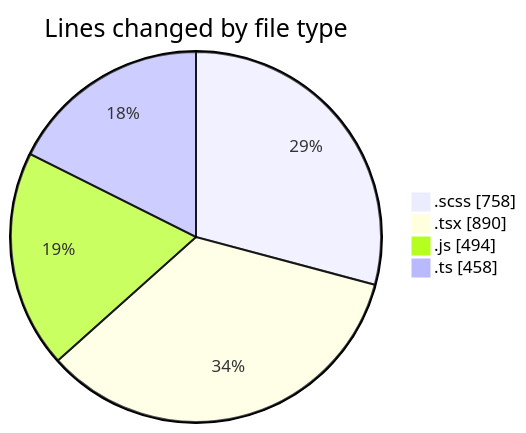
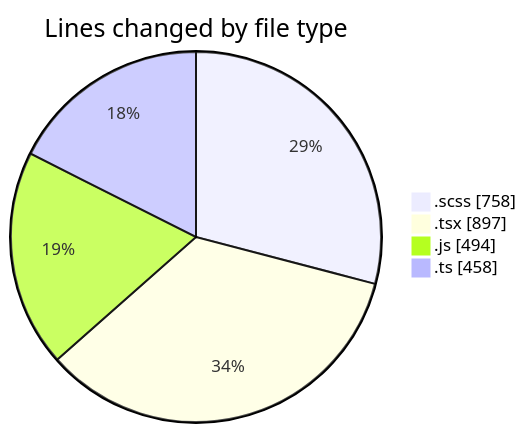
Before and after one commit to momahboobian/code-tracking: the first of 2 diagrams in 2025-03-14/cda/README.md, drawn with Mermaid. The commit also changed other lines of this file and 1 other file, not shown here.

````diff
--- a/2025-03-14/cda/README.md
+++ b/2025-03-14/cda/README.md
@@ -34,8 +34,8 @@
 ```mermaid
 pie showData
 title Lines changed by file type
 ".scss" : 758
-".tsx" : 890
+".tsx" : 897
 ".js" : 494
 ".ts" : 458
 ```
````
